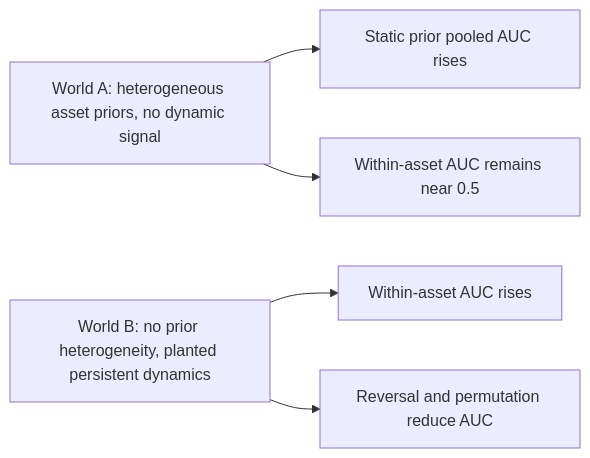
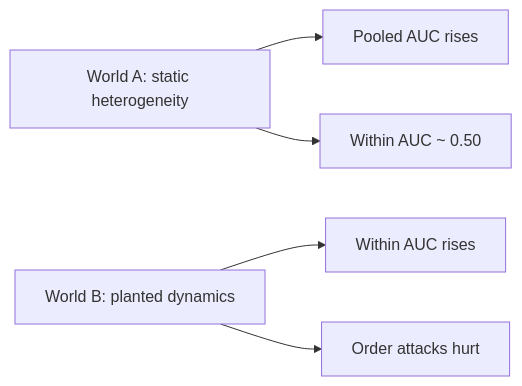
The fourth of 4 diagrams in README.md (husaam-atq/MSc-financial-transformer-market-dynamics), drawn with Mermaid before and after one commit. The commit also changed other lines of this file and 2 other files, not shown here.

````diff
--- a/README.md
+++ b/README.md
@@ -319,7 +366,7 @@
 ```mermaid
 flowchart LR
-    A["World A: heterogeneous asset priors, no dynamic signal"] --> B["Static prior pooled AUC rises"]
-    A --> C["Within-asset AUC remains near 0.5"]
-    D["World B: no prior heterogeneity, planted persistent dynamics"] --> E["Within-asset AUC rises"]
-    D --> F["Reversal and permutation reduce AUC"]
+    A["World A: static heterogeneity"] --> B["Pooled AUC rises"]
+    A --> C["Within AUC ~ 0.50"]
+    D["World B: planted dynamics"] --> E["Within AUC rises"]
+    D --> F["Order attacks hurt"]
 ```
````
